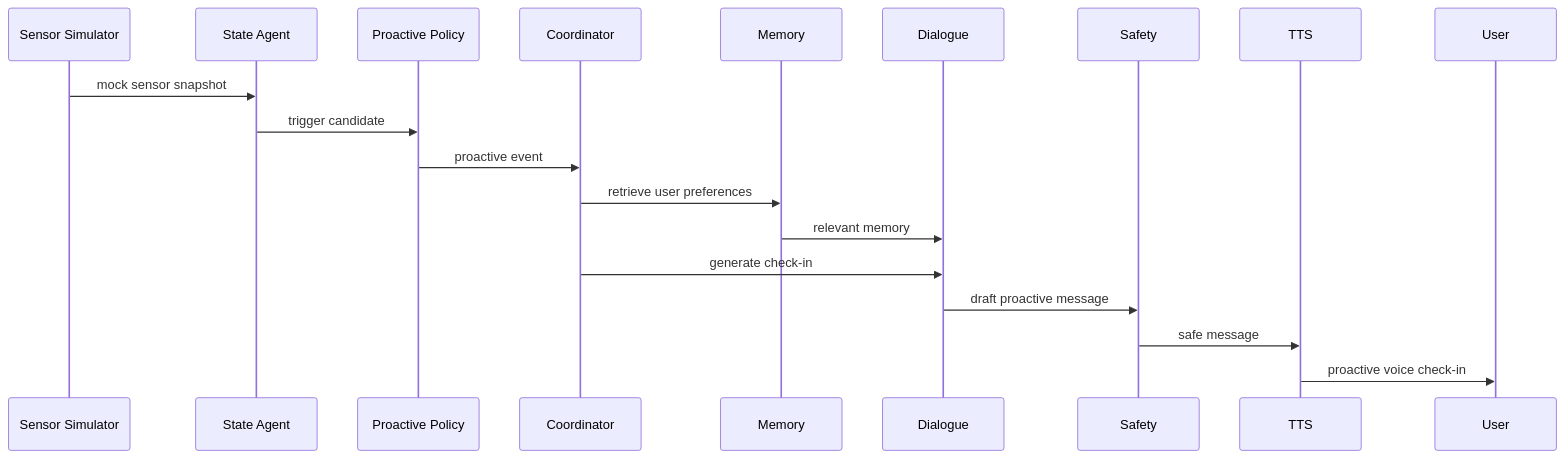
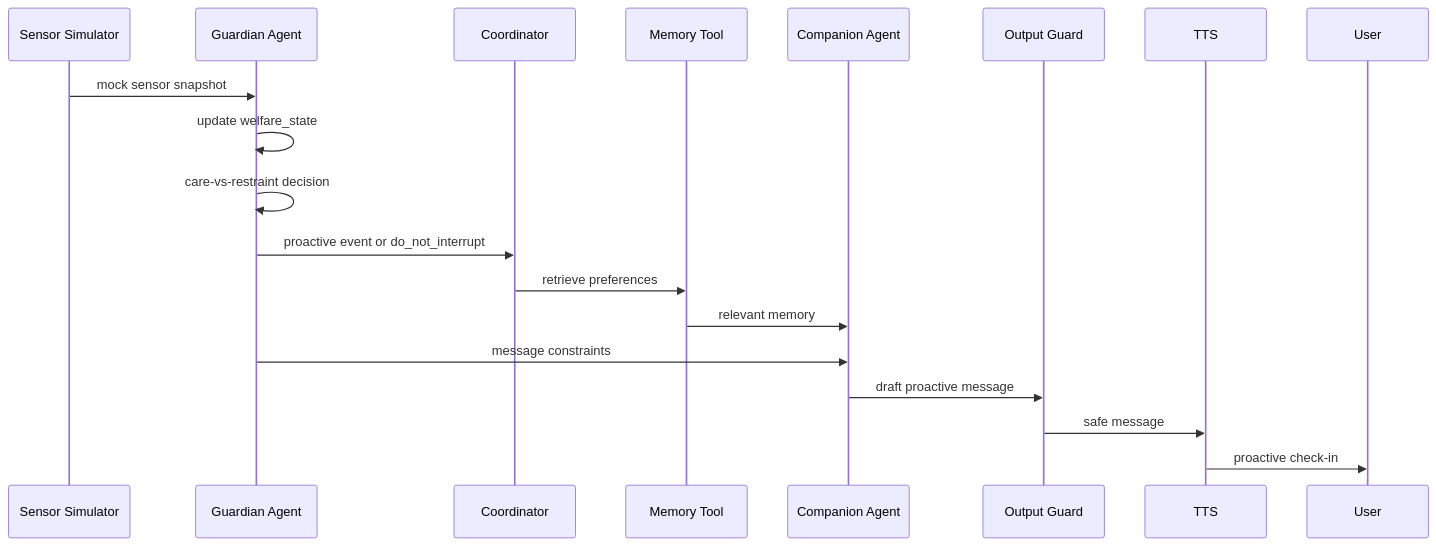
Before and after one commit to zhikangSu/nekoneko: the third of 5 diagrams in 02_technical_roadmap_elderly_multi_agent_companion_ai.md, drawn with Mermaid. The commit also changed other lines of this file and 4 other files, not shown here.

````diff
--- a/02_technical_roadmap_elderly_multi_agent_companion_ai.md
+++ b/02_technical_roadmap_elderly_multi_agent_companion_ai.md
@@ -588,21 +768,21 @@
 ```mermaid
 sequenceDiagram
     participant SIM as Sensor Simulator
-    participant ST as State Agent
-    participant P as Proactive Policy
+    participant G as Guardian Agent
     participant C as Coordinator
-    participant M as Memory
-    participant D as Dialogue
-    participant S as Safety
+    participant M as Memory Tool
+    participant A as Companion Agent
+    participant OG as Output Guard
     participant T as TTS
 
-    SIM->>ST: mock sensor snapshot
-    ST->>P: trigger candidate
-    P->>C: proactive event
-    C->>M: retrieve user preferences
-    M->>D: relevant memory
-    C->>D: generate check-in
-    D->>S: draft proactive message
-    S->>T: safe message
-    T->>User: proactive voice check-in
+    SIM->>G: mock sensor snapshot
+    G->>G: update welfare_state
+    G->>G: care-vs-restraint decision
+    G->>C: proactive event or do_not_interrupt
+    C->>M: retrieve preferences
+    M->>A: relevant memory
+    G->>A: message constraints
+    A->>OG: draft proactive message
+    OG->>T: safe message
+    T->>User: proactive check-in
 ```
````
